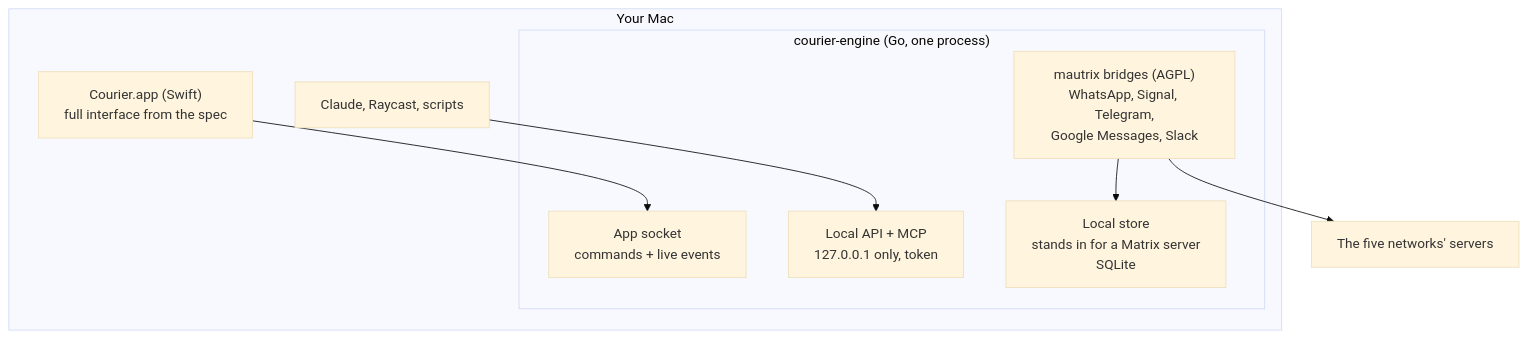
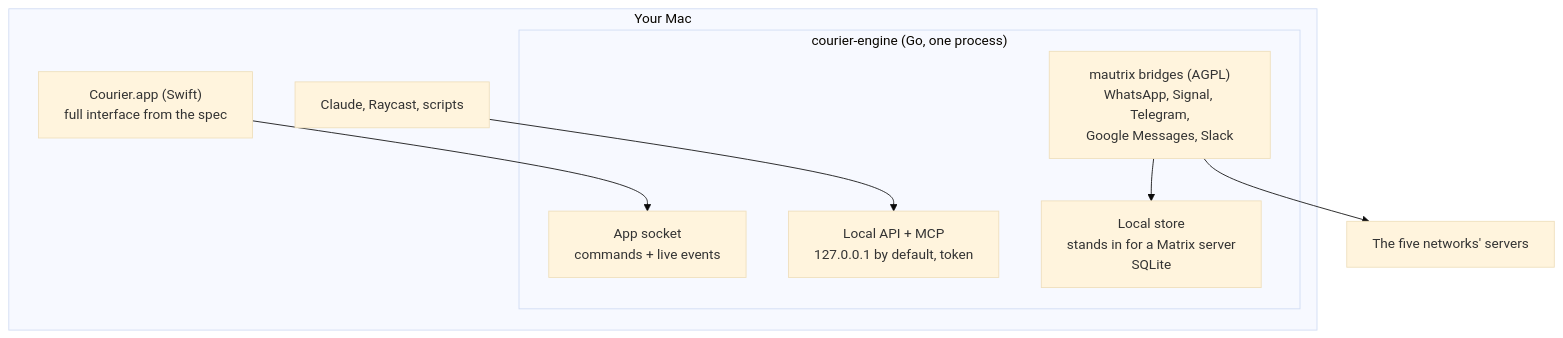
The diagram in docs/superpowers/specs/2026-10-15-courier-iteration-1-design.md (VitruvianSoftware/vitruvian-core), drawn with Mermaid (base theme) before and after one commit. The commit also changed other lines of this file and 1 other file, not shown here.

Commit message:
docs(courier): a Remote Access setting for the local API, as in the reference app
James asked for Courier to listen beyond 127.0.0.1, matching Beeper:
off by default, every network address when switched on, token always required.

````diff
--- a/docs/superpowers/specs/2026-10-15-courier-iteration-1-design.md
+++ b/docs/superpowers/specs/2026-10-15-courier-iteration-1-design.md
@@ -29,18 +29,18 @@
 ```mermaid
 flowchart TB
   subgraph Mac["Your Mac"]
     App["Courier.app (Swift)<br/>full interface from the spec"]
     Clients["Claude, Raycast, scripts"]
     subgraph Engine["courier-engine (Go, one process)"]
       Sock["App socket<br/>commands + live events"]
-      API["Local API + MCP<br/>127.0.0.1 only, token"]
+      API["Local API + MCP<br/>127.0.0.1 by default, token"]
       Store["Local store<br/>stands in for a Matrix server<br/>SQLite"]
       Bridges["mautrix bridges (AGPL)<br/>WhatsApp, Signal, Telegram,<br/>Google Messages, Slack"]
     end
   end
   Nets["The five networks' servers"]
   App --> Sock
   Clients --> API
   Bridges --> Store
   Bridges --> Nets
 ```
````
